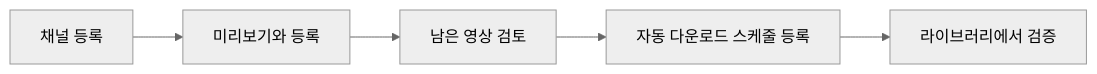
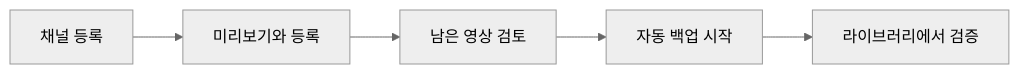
Before and after one commit to hyeonsangjeon/channel-vault-nas: the diagram in docs/usage/index.ko.md, drawn with Mermaid (neutral theme). The commit also changed other lines of this file and 90 other files, not shown here.

````diff
--- a/docs/usage/index.ko.md
+++ b/docs/usage/index.ko.md
@@ -6,7 +6,7 @@
 ```mermaid
 flowchart LR
   A[채널 등록] --> B[미리보기와 등록]
   B --> C[남은 영상 검토]
-  C --> D[자동 다운로드 스케줄 등록]
+  C --> D[자동 백업 시작]
   D --> E[라이브러리에서 검증]
 ```
````
